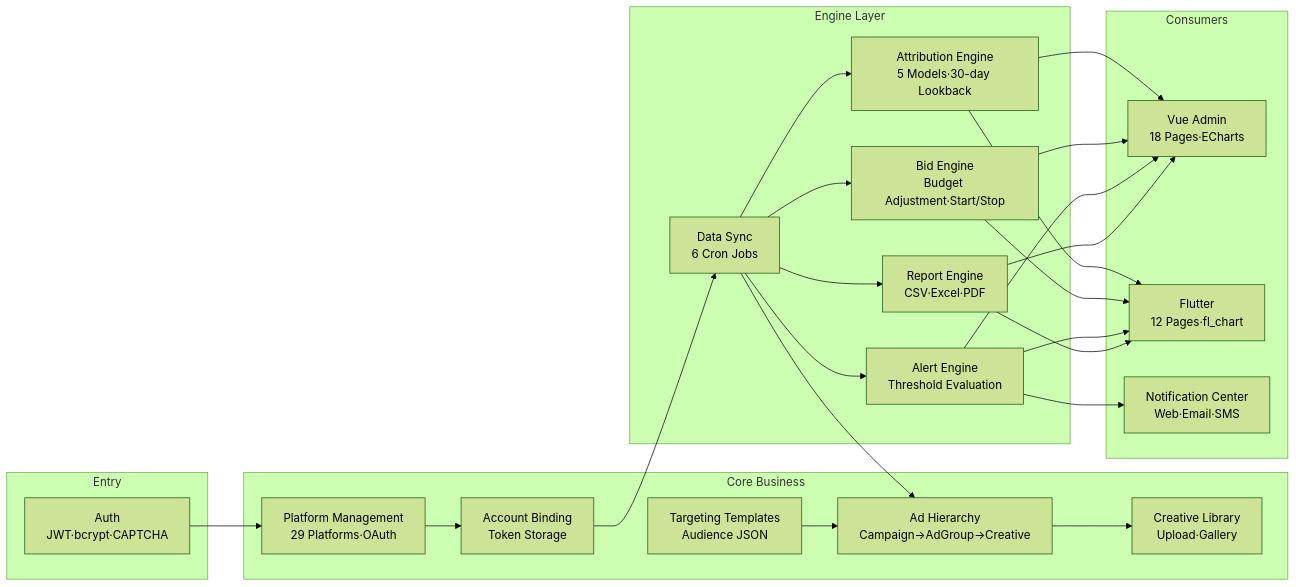
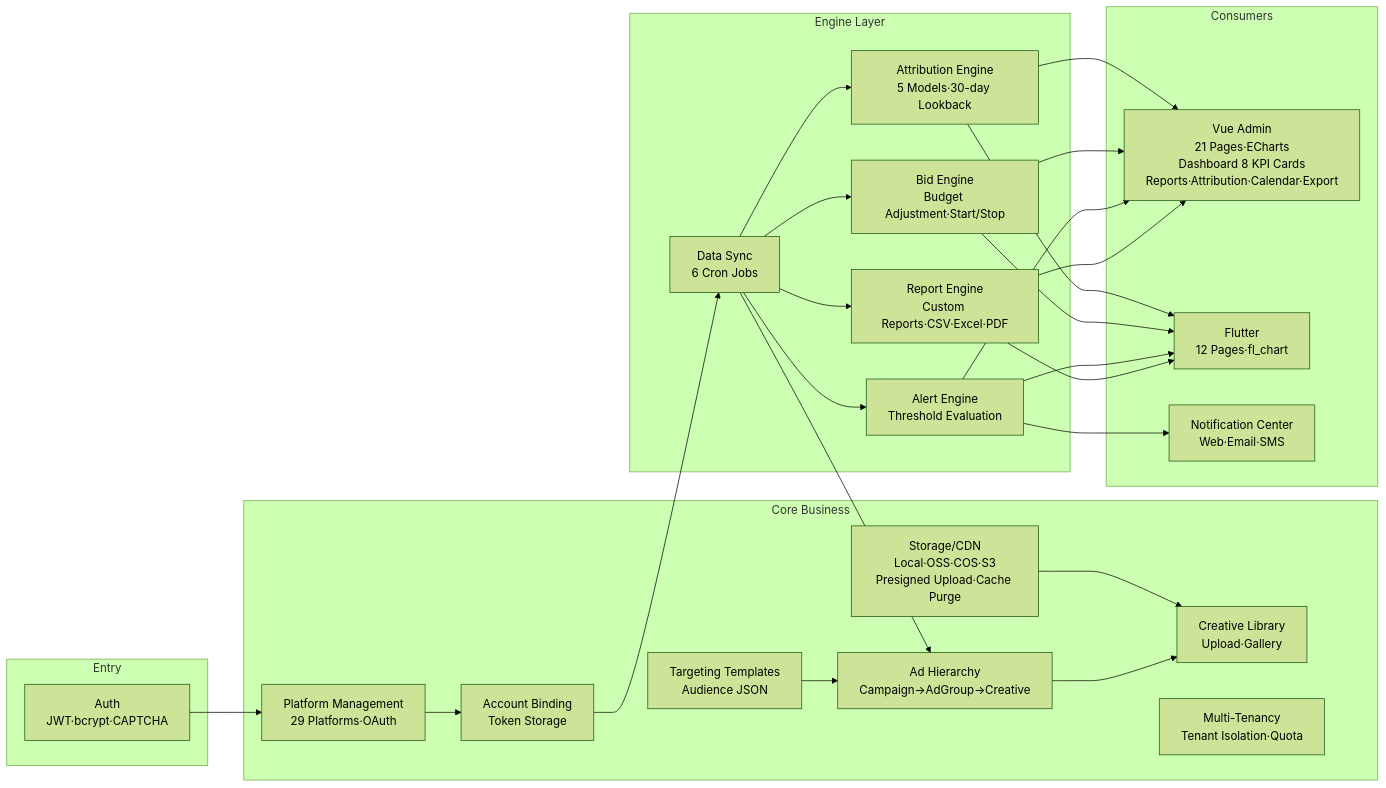
One commit to erikwang2013/ads-php changed the diagram in docs/diagrams/svg/functional-modules.en.mmd. Above: the diagram before and after it, drawn with Mermaid (forest theme). The commit also changed 64 other files, not shown here.

First line of the commit message:
docs(usage): 使用说明文档 ×13 语言 + 功能模块图更新 + README 使用说明链接

```diff
--- a/docs/diagrams/svg/functional-modules.en.mmd
+++ b/docs/diagrams/svg/functional-modules.en.mmd
@@ -1,29 +1,32 @@
 graph LR
     subgraph Entry["Entry"]
         A1["Auth<br/>JWT·bcrypt·CAPTCHA"]
     end
     subgraph Core["Core Business"]
         B1["Platform Management<br/>29 Platforms·OAuth"]
         B2["Account Binding<br/>Token Storage"]
         B3["Ad Hierarchy<br/>Campaign→AdGroup→Creative"]
         B4["Creative Library<br/>Upload·Gallery"]
         B5["Targeting Templates<br/>Audience JSON"]
+        B6["Storage/CDN<br/>Local·OSS·COS·S3<br/>Presigned Upload·Cache Purge"]
+        B7["Multi-Tenancy<br/>Tenant Isolation·Quota"]
     end
     subgraph Engine["Engine Layer"]
         C1["Data Sync<br/>6 Cron Jobs"]
-        C2["Report Engine<br/>CSV·Excel·PDF"]
+        C2["Report Engine<br/>Custom Reports·CSV·Excel·PDF"]
         C3["Alert Engine<br/>Threshold Evaluation"]
         C4["Bid Engine<br/>Budget Adjustment·Start/Stop"]
         C5["Attribution Engine<br/>5 Models·30-day Lookback"]
     end
     subgraph Endpoint["Consumers"]
-        D1["Vue Admin<br/>18 Pages·ECharts"]
+        D1["Vue Admin<br/>21 Pages·ECharts<br/>Dashboard 8 KPI Cards<br/>Reports·Attribution·Calendar·Export"]
         D2["Flutter<br/>12 Pages·fl_chart"]
         D3["Notification Center<br/>Web·Email·SMS"]
     end
     A1 --> B1 --> B2 --> C1
     C1 --> B3 --> B4
     B5 --> B3
+    B6 --> B4
     C1 --> C2 & C3 & C4 & C5
     C2 & C3 & C4 & C5 --> D1 & D2
     C3 --> D3
```
